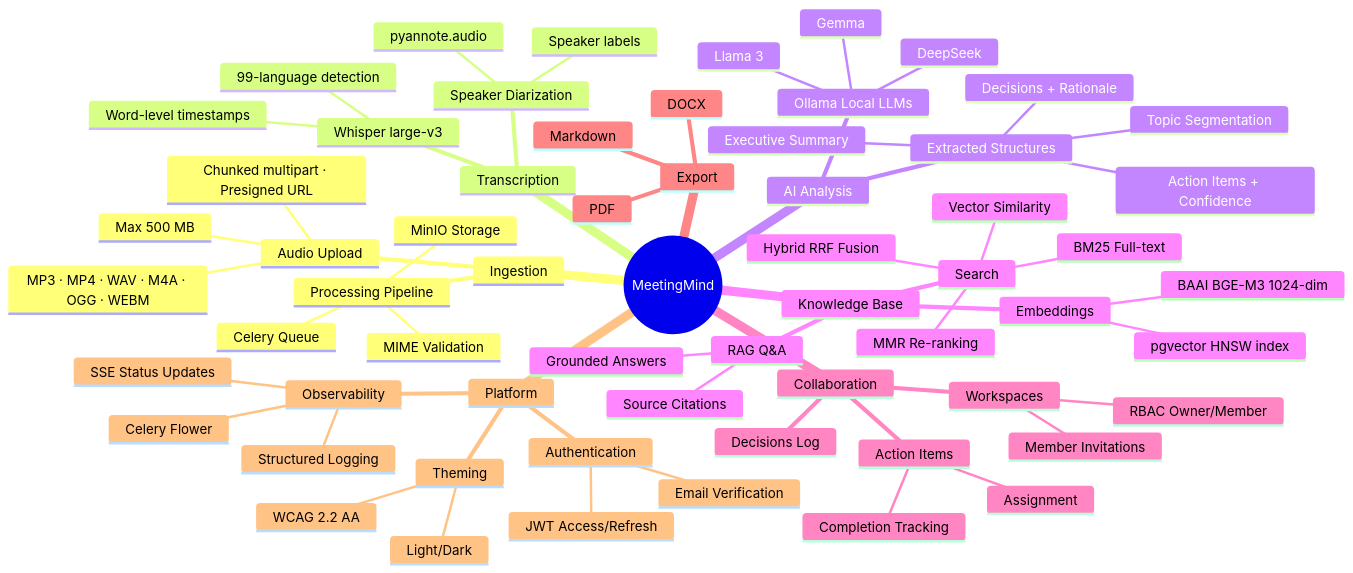
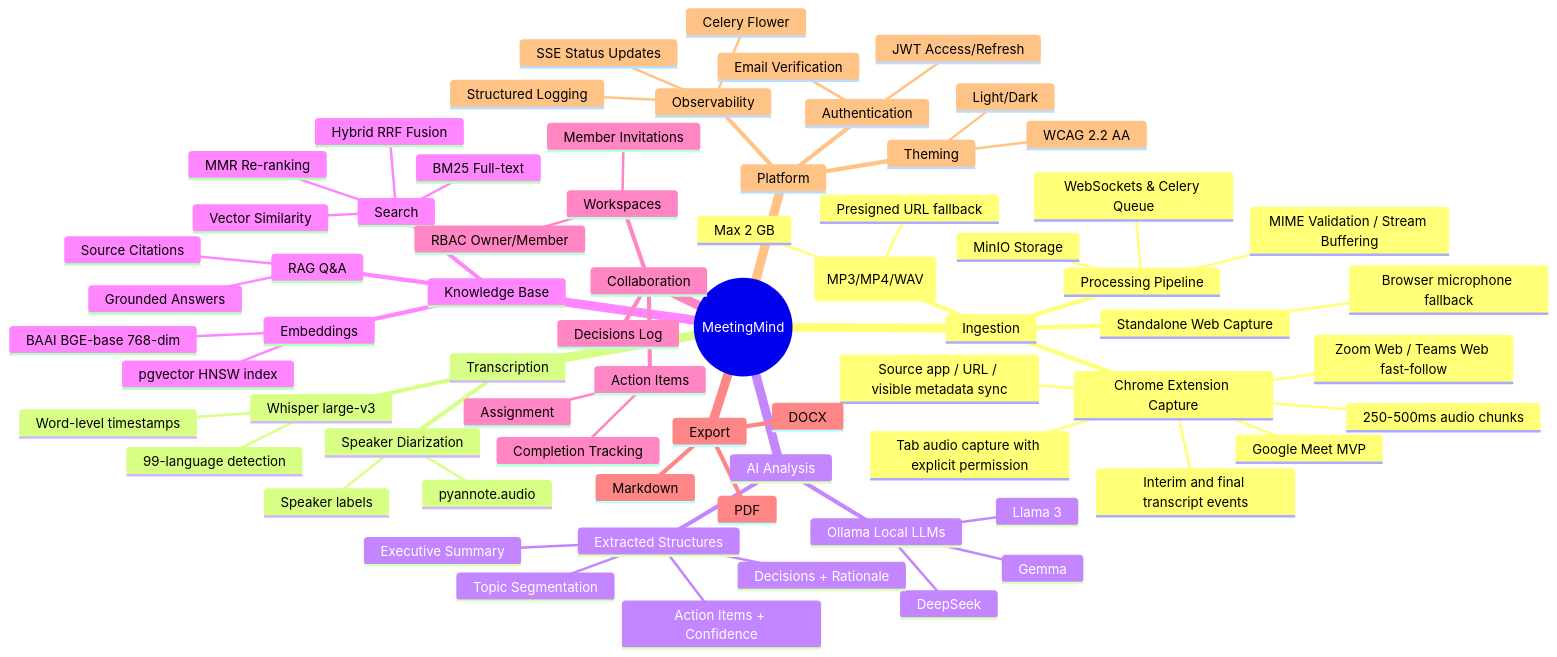
Before and after one commit to rudrabhavsar7/MeetingMind: the first of 3 diagrams in 00-project/product-overview.md, drawn with Mermaid. The commit also changed other lines of this file and 82 other files, not shown here.

````diff
--- a/00-project/product-overview.md
+++ b/00-project/product-overview.md
@@ -38,65 +38,73 @@
 ```mermaid
 mindmap
   root((MeetingMind))
     Ingestion
-      Audio Upload
-        MP3 · MP4 · WAV · M4A · OGG · WEBM
-        Chunked multipart · Presigned URL
-        Max 500 MB
+      Chrome Extension Capture
+        Google Meet MVP
+        Zoom Web / Teams Web fast-follow
+        Tab audio capture with explicit permission
+        250-500ms audio chunks
+        Interim and final transcript events
+        Source app / URL / visible metadata sync
+      Standalone Web Capture
+        Browser microphone fallback
+      Recording Import (MP3/MP4/WAV)
+        Presigned URL fallback
+        Max 2 GB
       Processing Pipeline
-        MIME Validation
+        MIME Validation / Stream Buffering
         MinIO Storage
-        Celery Queue
+        WebSockets & Celery Queue
     Transcription
       Whisper large-v3
         Word-level timestamps
         99-language detection
       Speaker Diarization
         pyannote.audio
         Speaker labels
     AI Analysis
       Ollama Local LLMs
         Llama 3
         Gemma
         DeepSeek
       Extracted Structures
         Executive Summary
         Action Items + Confidence
         Decisions + Rationale
         Topic Segmentation
     Knowledge Base
       Embeddings
-        BAAI BGE-M3 1024-dim
+        BAAI BGE-base 768-dim
         pgvector HNSW index
       Search
         BM25 Full-text
         Vector Similarity
         Hybrid RRF Fusion
         MMR Re-ranking
       RAG Q&A
         Grounded Answers
         Source Citations
     Collaboration
       Workspaces
         RBAC Owner/Member
         Member Invitations
       Action Items
         Assignment
         Completion Tracking
       Decisions Log
     Export
       Markdown
       PDF
       DOCX
     Platform
       Authentication
         JWT Access/Refresh
         Email Verification
       Theming
         Light/Dark
         WCAG 2.2 AA
       Observability
         Structured Logging
         Celery Flower
         SSE Status Updates
 ```
````
